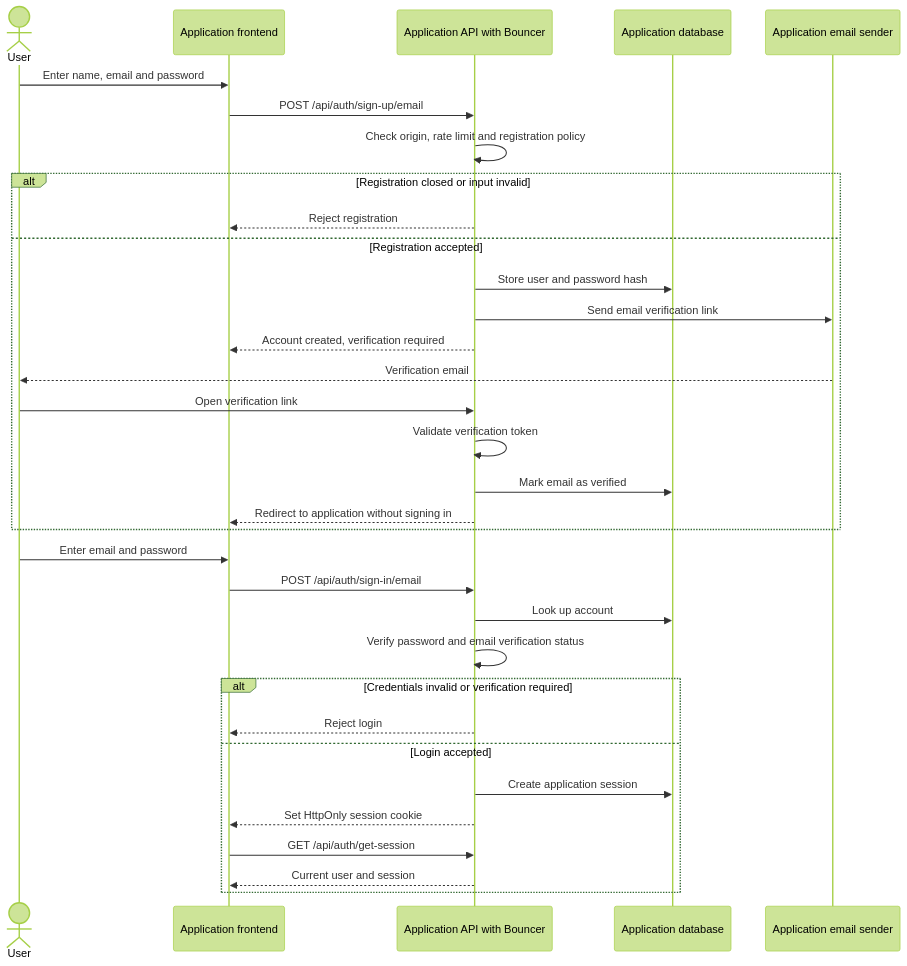
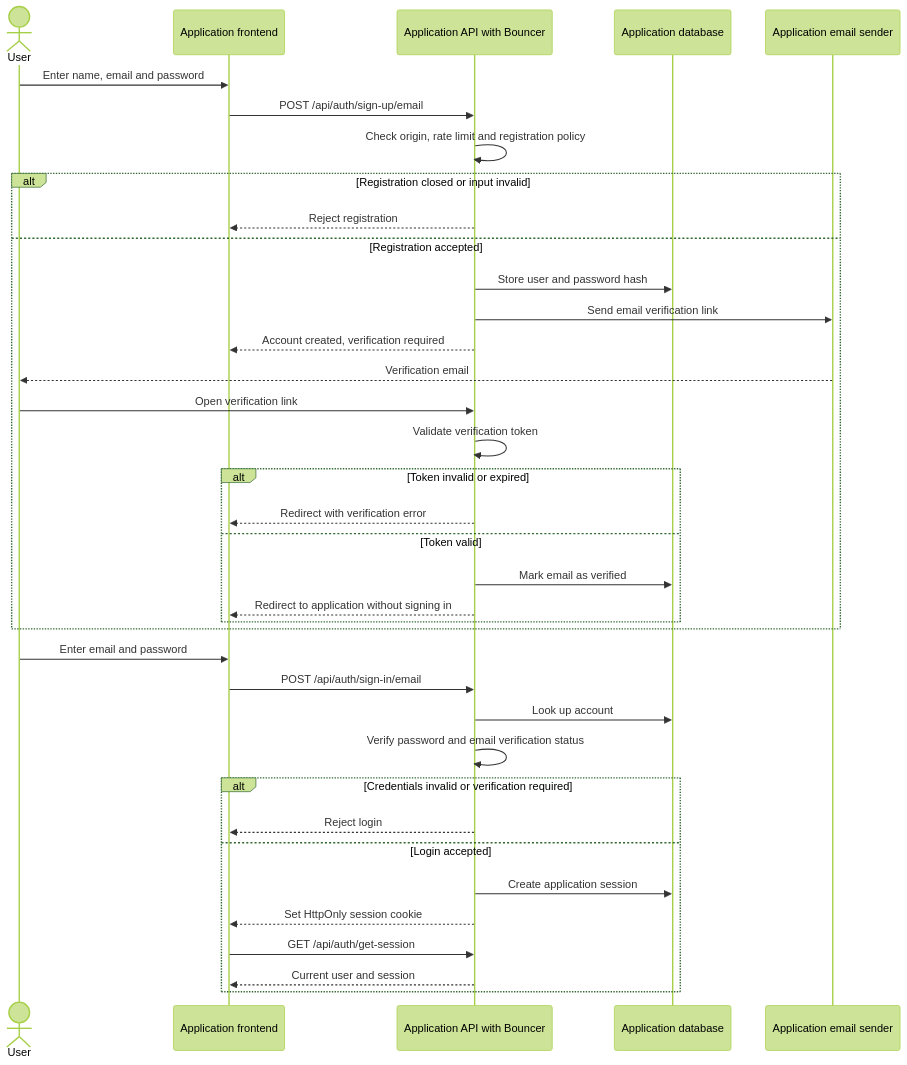
The third of 11 diagrams in docs/auth-flows.md (megara-arevaco/bouncer), drawn with Mermaid (forest theme) before and after one commit. The commit also changed other lines of this file and 11 other files, not shown here.

Commit message:
Ship versioned library releases and document authentication flows

````diff
--- a/docs/auth-flows.md
+++ b/docs/auth-flows.md
@@ -29,35 +52,39 @@
 ```mermaid
 sequenceDiagram
     actor User
     participant UI as Application frontend
     participant API as Application API with Bouncer
     participant DB as Application database
     participant Mail as Application email sender
     User->>UI: Enter name, email and password
     UI->>API: POST /api/auth/sign-up/email
     API->>API: Check origin, rate limit and registration policy
     alt Registration closed or input invalid
         API-->>UI: Reject registration
     else Registration accepted
         API->>DB: Store user and password hash
         API->>Mail: Send email verification link
         API-->>UI: Account created, verification required
         Mail-->>User: Verification email
         User->>API: Open verification link
         API->>API: Validate verification token
-        API->>DB: Mark email as verified
-        API-->>UI: Redirect to application without signing in
+        alt Token invalid or expired
+            API-->>UI: Redirect with verification error
+        else Token valid
+            API->>DB: Mark email as verified
+            API-->>UI: Redirect to application without signing in
+        end
     end
     User->>UI: Enter email and password
     UI->>API: POST /api/auth/sign-in/email
     API->>DB: Look up account
     API->>API: Verify password and email verification status
     alt Credentials invalid or verification required
         API-->>UI: Reject login
     else Login accepted
         API->>DB: Create application session
         API-->>UI: Set HttpOnly session cookie
         UI->>API: GET /api/auth/get-session
         API-->>UI: Current user and session
     end
 ```
````
